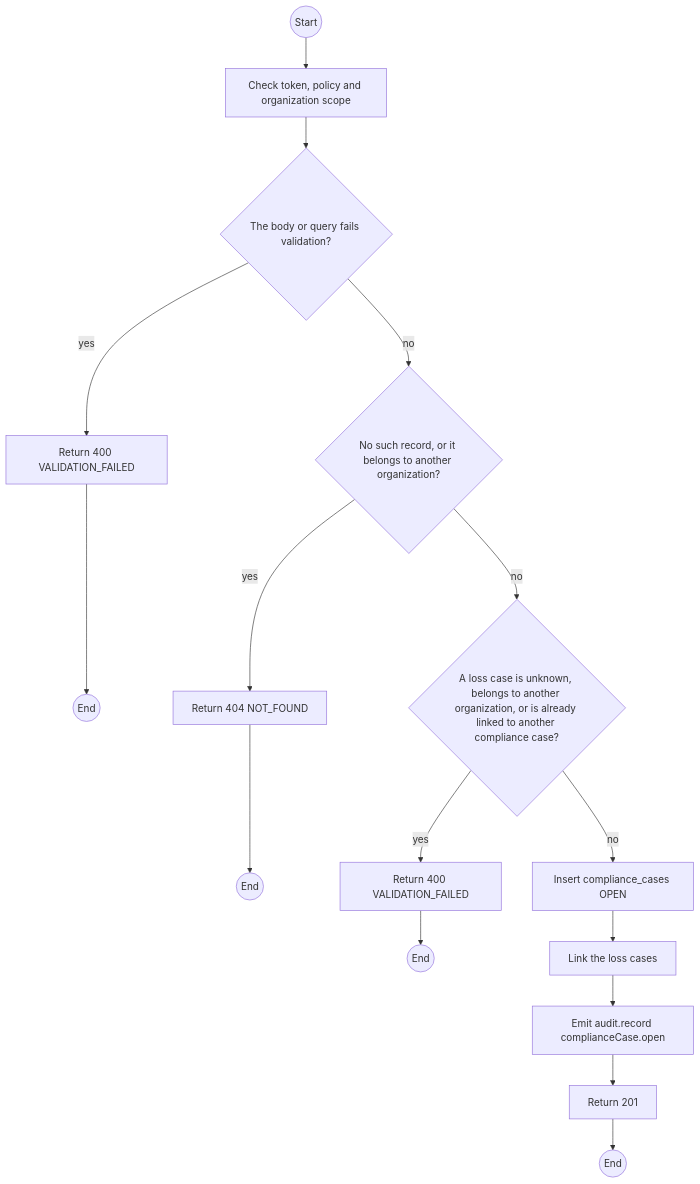
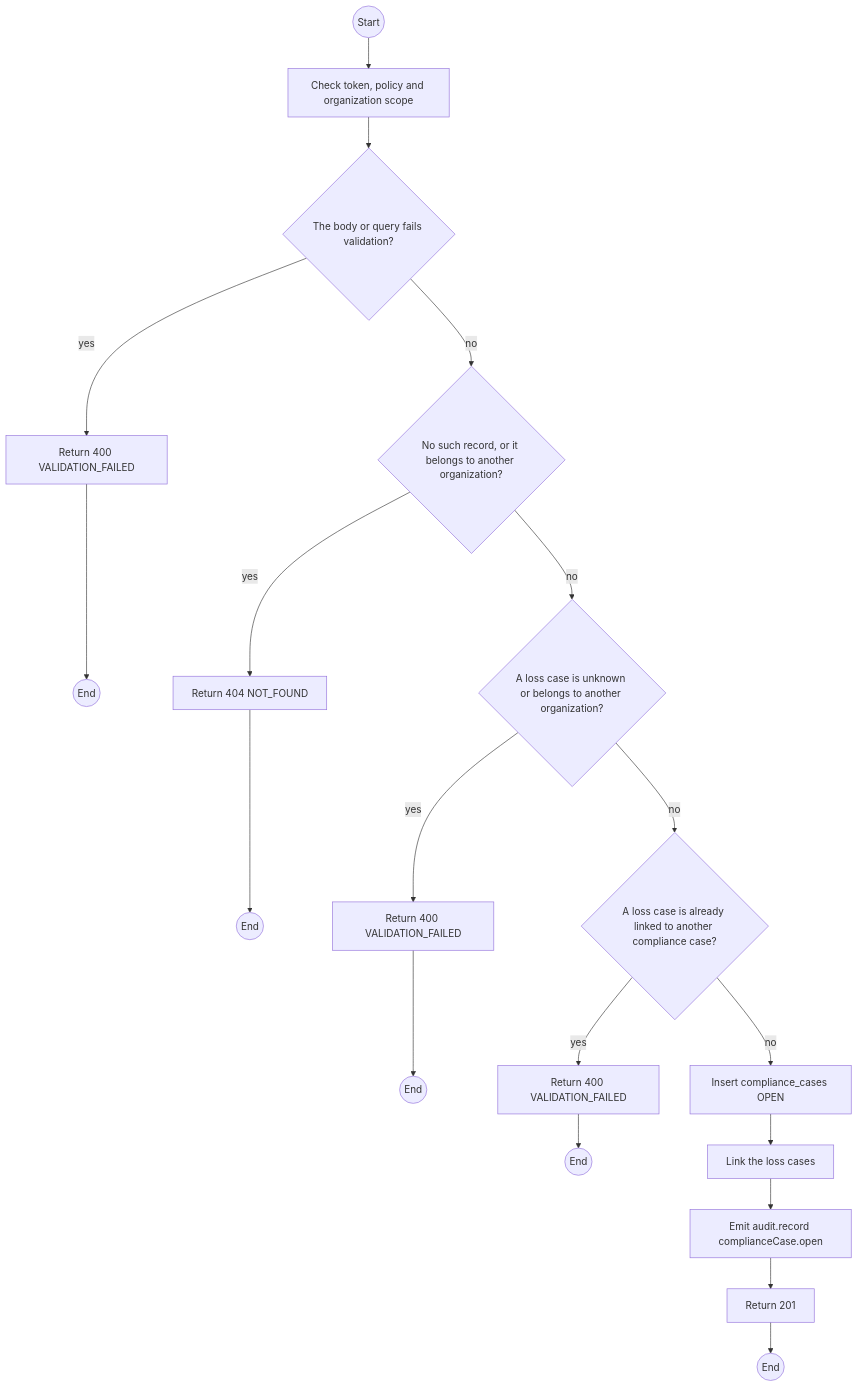
The first of 2 diagrams in specs/organizations/api-design/29-post-organizations-id-compliance-cases.md (TrekLink-Team/treklink-web), drawn with Mermaid before and after one commit. The commit also changed other lines of this file and 1 other file, not shown here.

````diff
--- a/specs/organizations/api-design/29-post-organizations-id-compliance-cases.md
+++ b/specs/organizations/api-design/29-post-organizations-id-compliance-cases.md
@@ -174,30 +191,35 @@
 ```mermaid
 flowchart TB
     S((Start))
     A0["Check token, policy and organization scope"]
     S --> A0
     D1{"The body or query fails validation?"}
     A0 --> D1
     E1["Return 400 VALIDATION_FAILED"]
     D1 -->|yes| E1
     E1 --> X1((End))
     D2{"No such record, or it belongs to another organization?"}
     D1 -->|no| D2
     E2["Return 404 NOT_FOUND"]
     D2 -->|yes| E2
     E2 --> X2((End))
-    D3{"A loss case is unknown, belongs to another organization, or is already linked to another compliance case?"}
+    D3{"A loss case is unknown or belongs to another organization?"}
     D2 -->|no| D3
     E3["Return 400 VALIDATION_FAILED"]
     D3 -->|yes| E3
     E3 --> X3((End))
+    D4{"A loss case is already linked to another compliance case?"}
+    D3 -->|no| D4
+    E4["Return 400 VALIDATION_FAILED"]
+    D4 -->|yes| E4
+    E4 --> X4((End))
     P0["Insert compliance_cases OPEN"]
-    D3 -->|no| P0
+    D4 -->|no| P0
     P1["Link the loss cases"]
     P0 --> P1
     P2["Emit audit.record complianceCase.open"]
     P1 --> P2
     OK["Return 201"]
     P2 --> OK
     OK --> Z((End))
 ```
````
